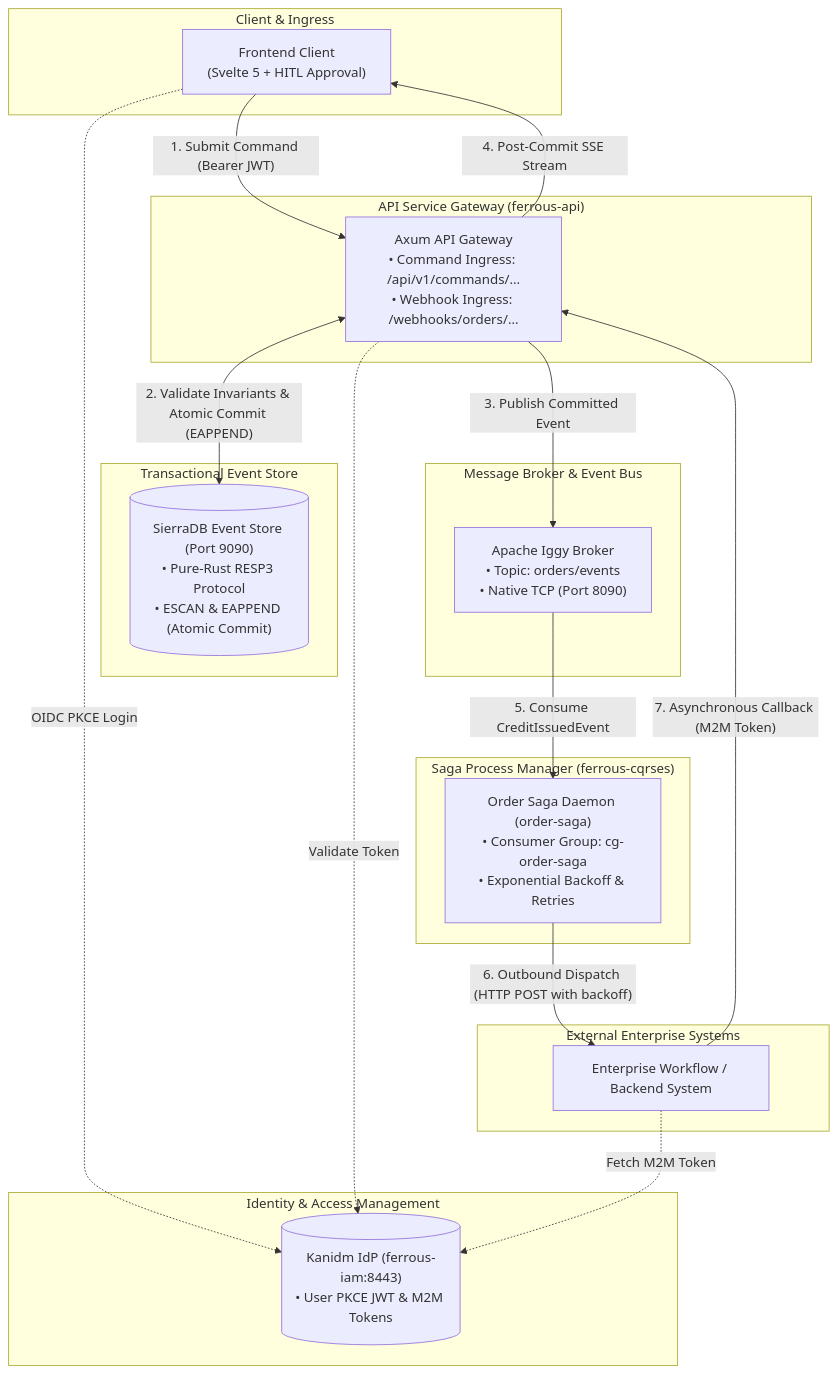
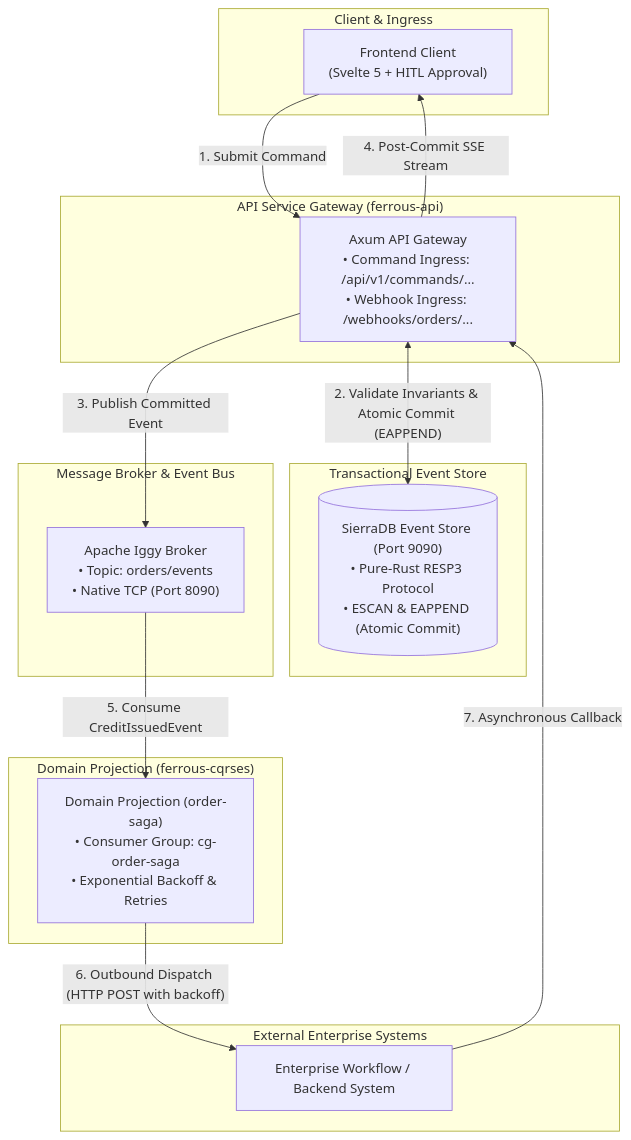
The first of 2 diagrams in README.md (reidlai/ferrous-cx), drawn with Mermaid before and after one commit. The commit also changed other lines of this file, not shown here.

Commit message:
docs(architecture): remove IAM from CQRS diagrams and designate order-saga as Domain Projection

````diff
--- a/README.md
+++ b/README.md
@@ -40,44 +40,37 @@
 ```mermaid
 flowchart TD
     subgraph Client_Layer ["Client & Ingress"]
         Client["Frontend Client<br/>(Svelte 5 + HITL Approval)"]
     end
 
     subgraph API_Gateway ["API Service Gateway (ferrous-api)"]
         ApiService["Axum API Gateway<br/>• Command Ingress: /api/v1/commands/...<br/>• Webhook Ingress: /webhooks/orders/..."]
     end
 
     subgraph Event_Store ["Transactional Event Store"]
         SierraDB[("SierraDB Event Store (Port 9090)<br/>• Pure-Rust RESP3 Protocol<br/>• ESCAN & EAPPEND (Atomic Commit)")]
     end
 
     subgraph Event_Bus ["Message Broker & Event Bus"]
         Iggy["Apache Iggy Broker<br/>• Topic: orders/events<br/>• Native TCP (Port 8090)"]
     end
 
-    subgraph Saga_Daemon ["Saga Process Manager (ferrous-cqrses)"]
-        OrderSaga["Order Saga Daemon (order-saga)<br/>• Consumer Group: cg-order-saga<br/>• Exponential Backoff & Retries"]
+    subgraph Projection_Tier ["Domain Projection (ferrous-cqrses)"]
+        DomainProjection["Domain Projection (order-saga)<br/>• Consumer Group: cg-order-saga<br/>• Exponential Backoff & Retries"]
     end
 
     subgraph External_Enterprise ["External Enterprise Systems"]
         EnterpriseWorkflow["Enterprise Workflow / Backend System"]
     end
 
-    subgraph Security_Tier ["Identity & Access Management"]
-        IAM[("Kanidm IdP (ferrous-iam:8443)<br/>• User PKCE JWT & M2M Tokens")]
-    end
-
     %% Command Lifecycle Flow
-    Client -->|"1. Submit Command (Bearer JWT)"| ApiService
-    Client -.->|"OIDC PKCE Login"| IAM
-    ApiService -.->|"Validate Token"| IAM
+    Client -->|"1. Submit Command"| ApiService
     ApiService <-->|"2. Validate Invariants & Atomic Commit (EAPPEND)"| SierraDB
     ApiService -->|"3. Publish Committed Event"| Iggy
     ApiService -->|"4. Post-Commit SSE Stream"| Client
 
-    %% Asynchronous Saga Lifecycle Flow
-    Iggy -->|"5. Consume CreditIssuedEvent"| OrderSaga
-    OrderSaga -->|"6. Outbound Dispatch (HTTP POST with backoff)"| EnterpriseWorkflow
-    EnterpriseWorkflow -->|"7. Asynchronous Callback (M2M Token)"| ApiService
-    EnterpriseWorkflow -.->|"Fetch M2M Token"| IAM
+    %% Domain Projection & Callback Flow
+    Iggy -->|"5. Consume CreditIssuedEvent"| DomainProjection
+    DomainProjection -->|"6. Outbound Dispatch (HTTP POST with backoff)"| EnterpriseWorkflow
+    EnterpriseWorkflow -->|"7. Asynchronous Callback"| ApiService
 ```
````
